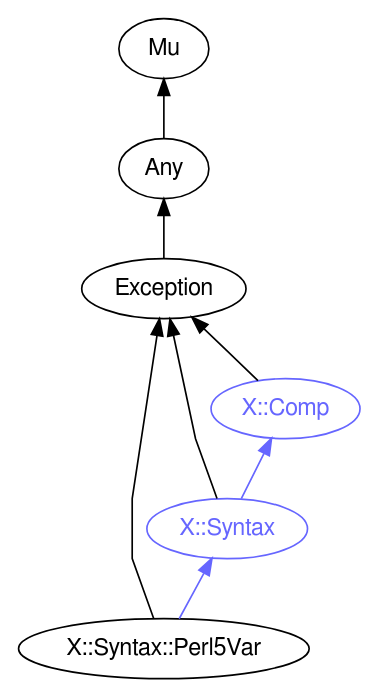
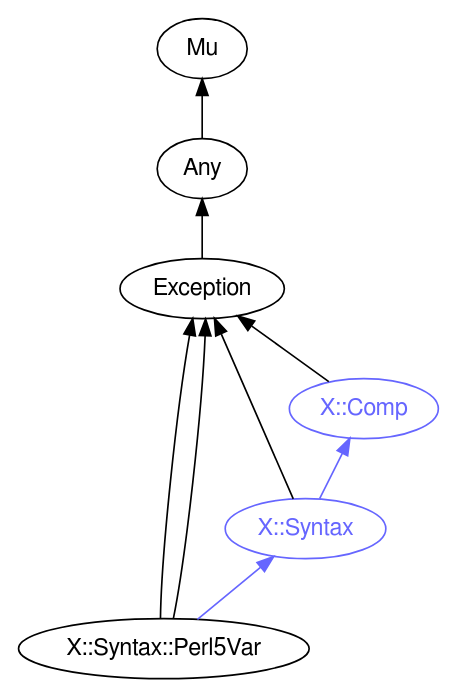
The diagram in images/type-graph-X::Syntax::Perl5Var.svg.dot (perl6docs/perl6docs.github.io), drawn with Graphviz before and after one commit. The commit also changed 4386 other files, not shown here.

Commit message:
Version with Failure graph

```diff
--- a/images/type-graph-X::Syntax::Perl5Var.svg.dot
+++ b/images/type-graph-X::Syntax::Perl5Var.svg.dot
@@ -1,23 +1,24 @@
 digraph "perl6-type-graph" {
     rankdir=BT;
     splines=polyline;
     overlap=false; 
     // Types
     "X::Syntax::Perl5Var" [color="#000000", fontcolor="#000000", href="/type/X::Syntax::Perl5Var", fontname="FreeSans"];
     "Mu" [color="#000000", fontcolor="#000000", href="/type/Mu", fontname="FreeSans"];
     "Any" [color="#000000", fontcolor="#000000", href="/type/Any", fontname="FreeSans"];
     "Exception" [color="#000000", fontcolor="#000000", href="/type/Exception", fontname="FreeSans"];
     "X::Comp" [color="#6666FF", fontcolor="#6666FF", href="/type/X::Comp", fontname="FreeSans"];
     "X::Syntax" [color="#6666FF", fontcolor="#6666FF", href="/type/X::Syntax", fontname="FreeSans"];
 
     // Superclasses
     "X::Syntax::Perl5Var" -> "Exception" [color="#000000"];
+    "X::Syntax::Perl5Var" -> "Exception" [color="#000000"];
     "Any" -> "Mu" [color="#000000"];
     "Exception" -> "Any" [color="#000000"];
     "X::Comp" -> "Exception" [color="#000000"];
     "X::Syntax" -> "Exception" [color="#000000"];
 
     // Roles
     "X::Syntax::Perl5Var" -> "X::Syntax" [color="#6666FF"];
     "X::Syntax" -> "X::Comp" [color="#6666FF"];
 }
```
